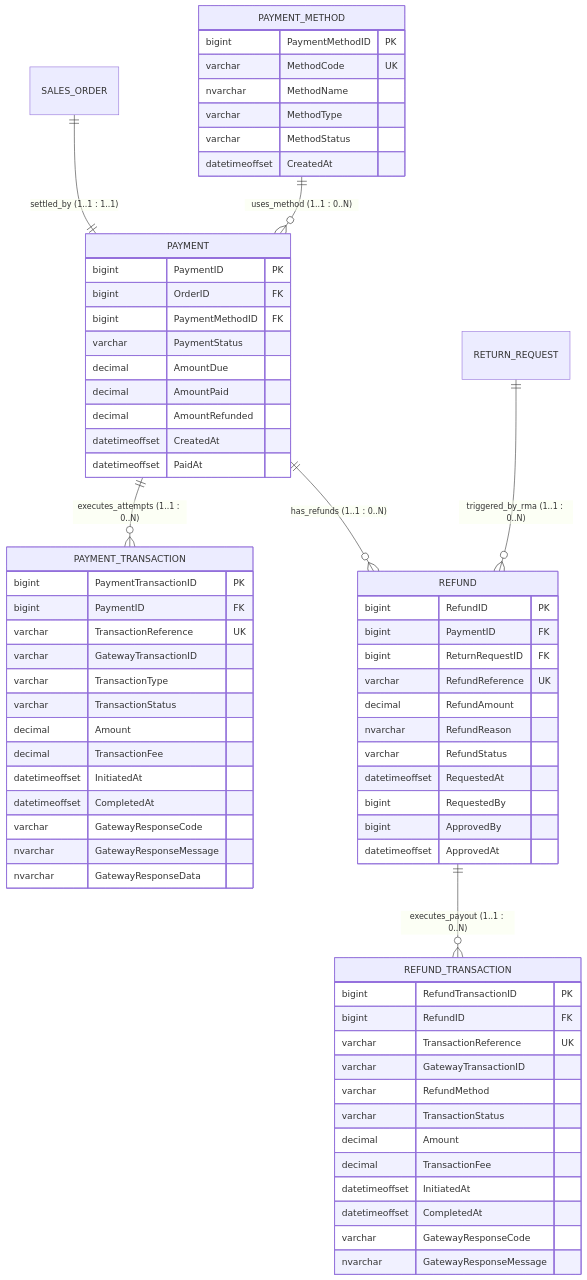
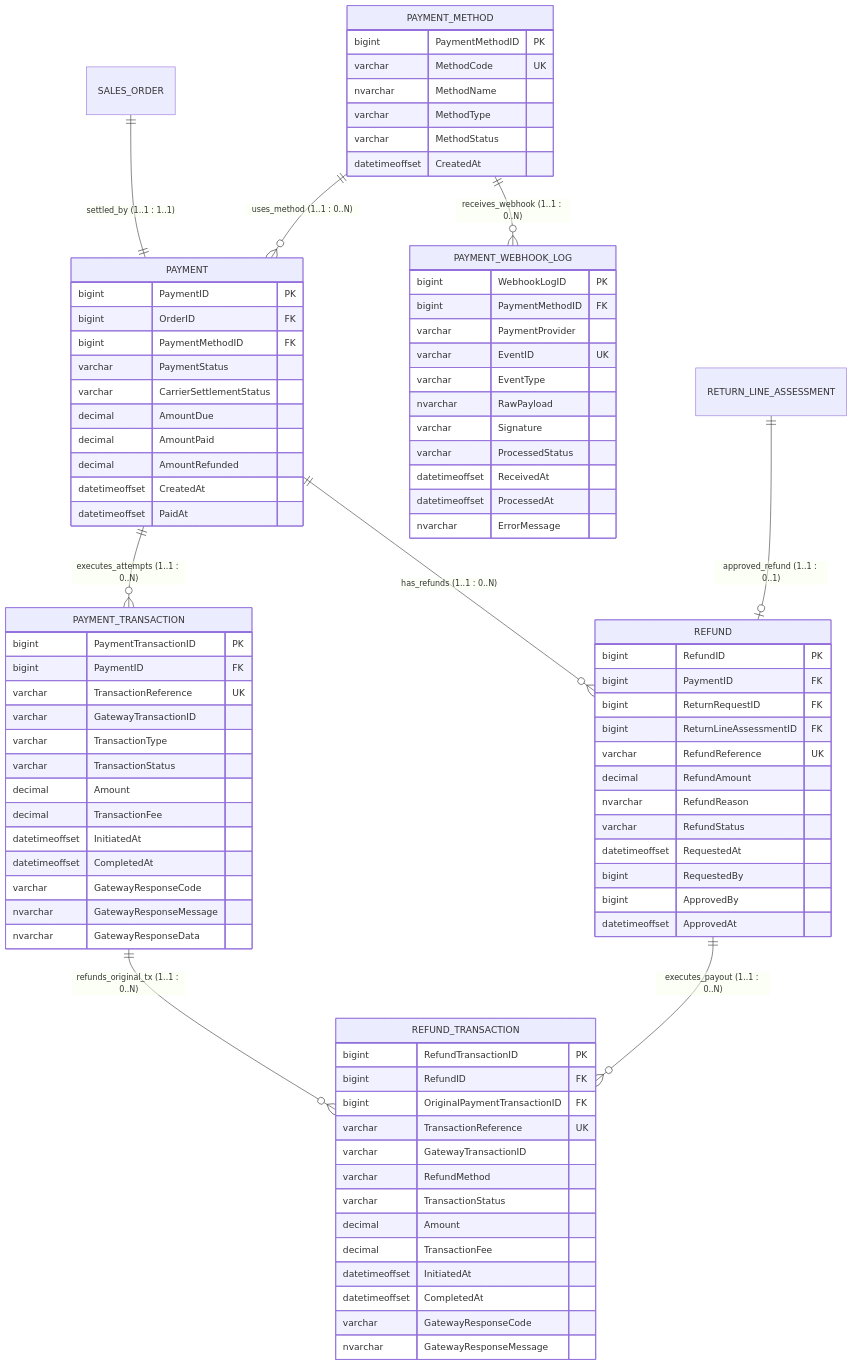
One commit to itzchugnn/RetailCore-E-commerce-Management-System changed the diagram in docs/Milestones/M2-Conceptual-Design/ERD/mermaid/Payment-Refund.md. Above: the diagram before and after it, drawn with Mermaid. The commit also changed 11 other files, not shown here.

```diff
--- a/docs/Milestones/M2-Conceptual-Design/ERD/mermaid/Payment-Refund.md
+++ b/docs/Milestones/M2-Conceptual-Design/ERD/mermaid/Payment-Refund.md
@@ -2,11 +2,13 @@
 erDiagram
     SALES_ORDER ||--|| PAYMENT : "settled_by (1..1 : 1..1)"
     PAYMENT_METHOD ||--o{ PAYMENT : "uses_method (1..1 : 0..N)"
+    PAYMENT_METHOD ||--o{ PAYMENT_WEBHOOK_LOG : "receives_webhook (1..1 : 0..N)"
 
     PAYMENT ||--o{ PAYMENT_TRANSACTION : "executes_attempts (1..1 : 0..N)"
     PAYMENT ||--o{ REFUND : "has_refunds (1..1 : 0..N)"
-    RETURN_REQUEST ||--o{ REFUND : "triggered_by_rma (1..1 : 0..N)"
+    RETURN_LINE_ASSESSMENT ||--o| REFUND : "approved_refund (1..1 : 0..1)"
     REFUND ||--o{ REFUND_TRANSACTION : "executes_payout (1..1 : 0..N)"
+    PAYMENT_TRANSACTION ||--o{ REFUND_TRANSACTION : "refunds_original_tx (1..1 : 0..N)"
 
     PAYMENT_METHOD {
         bigint PaymentMethodID PK
@@ -16,11 +18,25 @@
         varchar MethodStatus
         datetimeoffset CreatedAt
     }
+    PAYMENT_WEBHOOK_LOG {
+        bigint WebhookLogID PK
+        bigint PaymentMethodID FK
+        varchar PaymentProvider
+        varchar EventID UK
+        varchar EventType
+        nvarchar RawPayload
+        varchar Signature
+        varchar ProcessedStatus
+        datetimeoffset ReceivedAt
+        datetimeoffset ProcessedAt
+        nvarchar ErrorMessage
+    }
     PAYMENT {
         bigint PaymentID PK
         bigint OrderID FK
         bigint PaymentMethodID FK
         varchar PaymentStatus
+        varchar CarrierSettlementStatus
         decimal AmountDue
         decimal AmountPaid
         decimal AmountRefunded
@@ -46,6 +62,7 @@
         bigint RefundID PK
         bigint PaymentID FK
         bigint ReturnRequestID FK
+        bigint ReturnLineAssessmentID FK
         varchar RefundReference UK
         decimal RefundAmount
         nvarchar RefundReason
@@ -58,6 +75,7 @@
     REFUND_TRANSACTION {
         bigint RefundTransactionID PK
         bigint RefundID FK
+        bigint OriginalPaymentTransactionID FK
         varchar TransactionReference UK
         varchar GatewayTransactionID
         varchar RefundMethod
```
